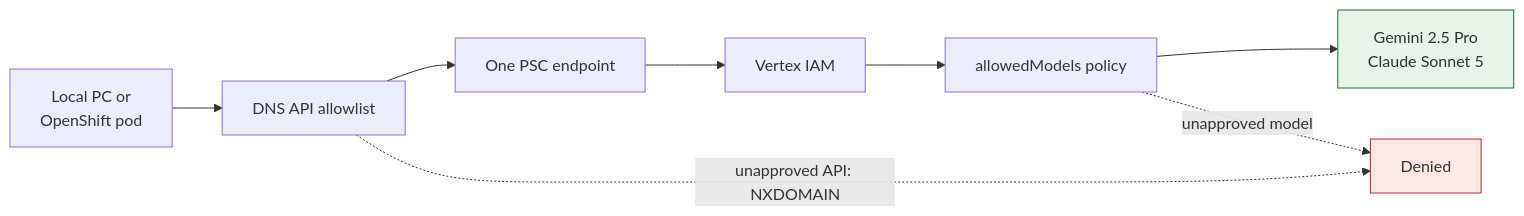
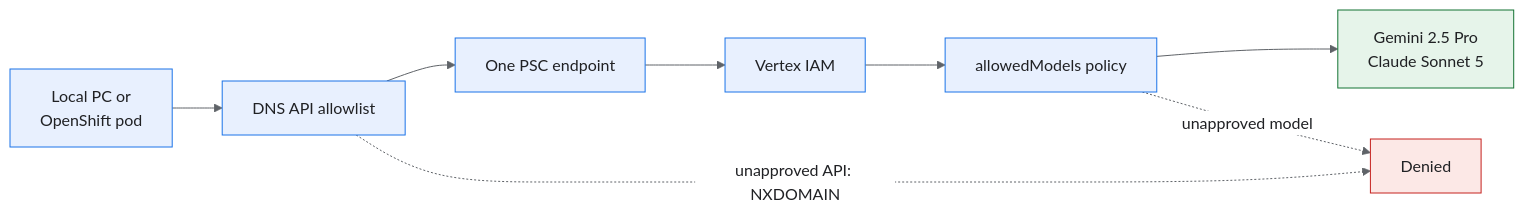
One commit to UttamGiri/GCP-Bootstrap changed the third of 4 diagrams in docs/VERTEX-AI-PSC-ONPREM.md. Above: the diagram before and after it, drawn with Mermaid. The commit also changed other lines of this file, not shown here.

First line of the commit message:
Use light Mermaid theme colors for GitHub readability.

````diff
--- a/docs/VERTEX-AI-PSC-ONPREM.md
+++ b/docs/VERTEX-AI-PSC-ONPREM.md
@@ -168,14 +170,17 @@
 ```mermaid
+%%{init: {'theme': 'base', 'themeVariables': {'background': '#ffffff', 'mainBkg': '#ffffff', 'primaryColor': '#e8f0fe', 'primaryTextColor': '#202124', 'primaryBorderColor': '#1a73e8', 'lineColor': '#5f6368', 'textColor': '#202124', 'edgeLabelBackground': '#ffffff'}}}%%
 flowchart LR
     CALLER["Local PC or<br/>OpenShift pod"] --> DNS["DNS API allowlist"]
     DNS --> PSC["One PSC endpoint"]
     PSC --> IAM["Vertex IAM"]
     IAM --> POLICY["allowedModels policy"]
     POLICY --> OK["Gemini 2.5 Pro<br/>Claude Sonnet 5"]
     DNS -.->|"unapproved API: NXDOMAIN"| NO["Denied"]
     POLICY -.->|"unapproved model"| NO
-    classDef good fill:#e6f4ea,stroke:#137333
-    classDef bad fill:#fce8e6,stroke:#c5221f
+    classDef good fill:#e6f4ea,stroke:#137333,color:#202124
+    classDef bad fill:#fce8e6,stroke:#c5221f,color:#202124
+    classDef node fill:#e8f0fe,stroke:#1a73e8,color:#202124
     class OK good
     class NO bad
+    class CALLER,DNS,PSC,IAM,POLICY node
 ```
````
